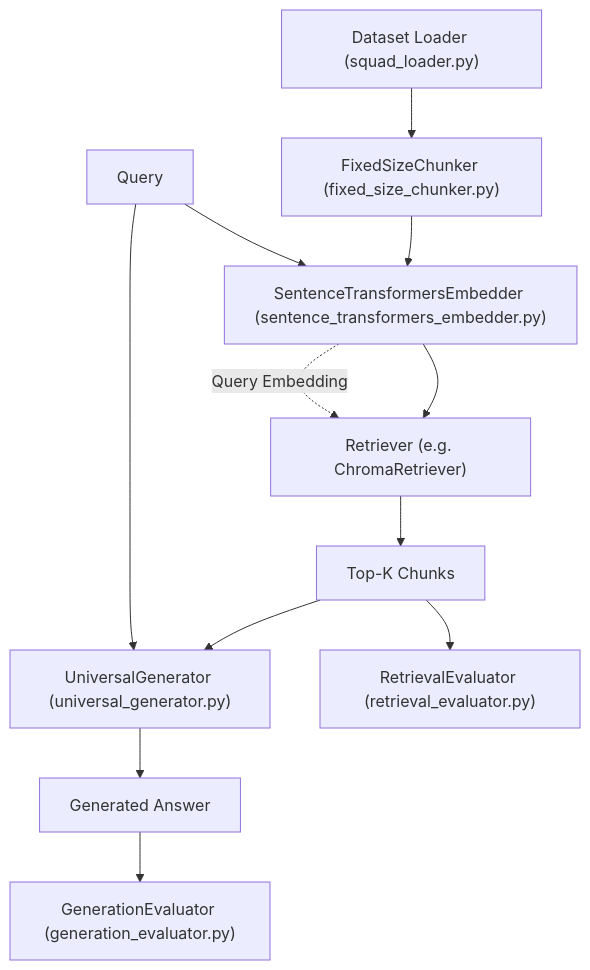
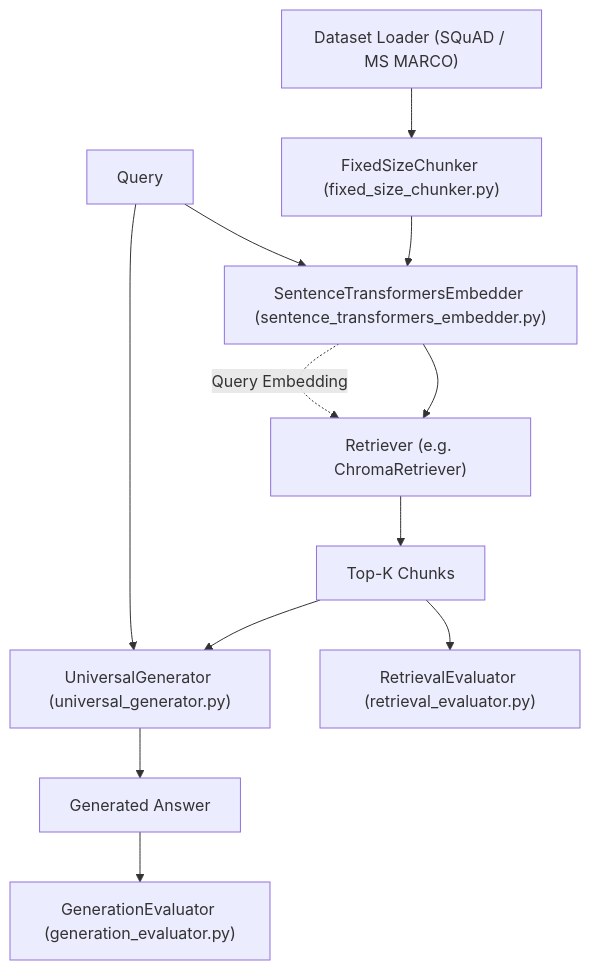
The first of 3 diagrams in ARCHITECTURE.md (nnadir35/rag-vector-db-benchmark), drawn with Mermaid before and after one commit. The commit also changed other lines of this file and 16 other files, not shown here.

First line of the commit message:
feat: Add support for MS MARCO dataset in the RAG framework

````diff
--- a/ARCHITECTURE.md
+++ b/ARCHITECTURE.md
@@ -16,19 +16,19 @@
 ```mermaid
 flowchart TD
-    Dataset["Dataset Loader (squad_loader.py)"] --> Chunker["FixedSizeChunker (fixed_size_chunker.py)"]
+    Dataset["Dataset Loader (SQuAD / MS MARCO)"] --> Chunker["FixedSizeChunker (fixed_size_chunker.py)"]
     Chunker --> Embedder["SentenceTransformersEmbedder (sentence_transformers_embedder.py)"]
     
     Embedder --> DB["Retriever (e.g. ChromaRetriever)"]
     
     Query["Query"] --> Embedder
     Embedder -. Query Embedding .-> DB
     
     DB --> Context["Top-K Chunks"]
     Context --> Generator["UniversalGenerator (universal_generator.py)"]
     Query --> Generator
     
     Generator --> Response["Generated Answer"]
     
     Context --> RetEval["RetrievalEvaluator (retrieval_evaluator.py)"]
     Response --> GenEval["GenerationEvaluator (generation_evaluator.py)"]
 ```
````
